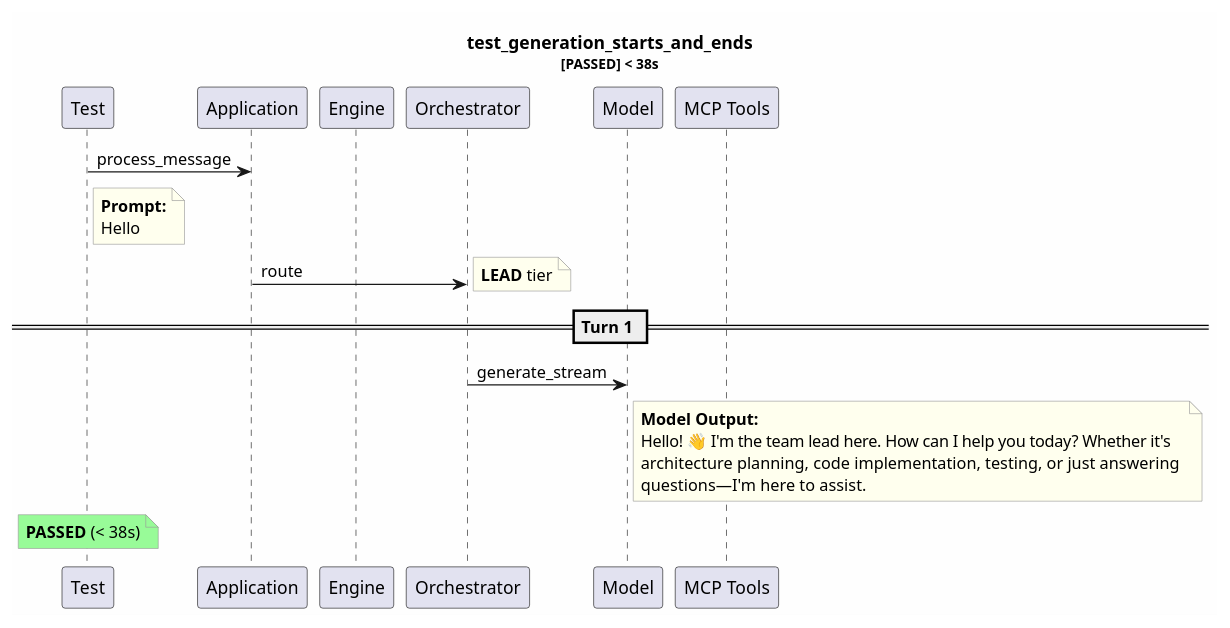
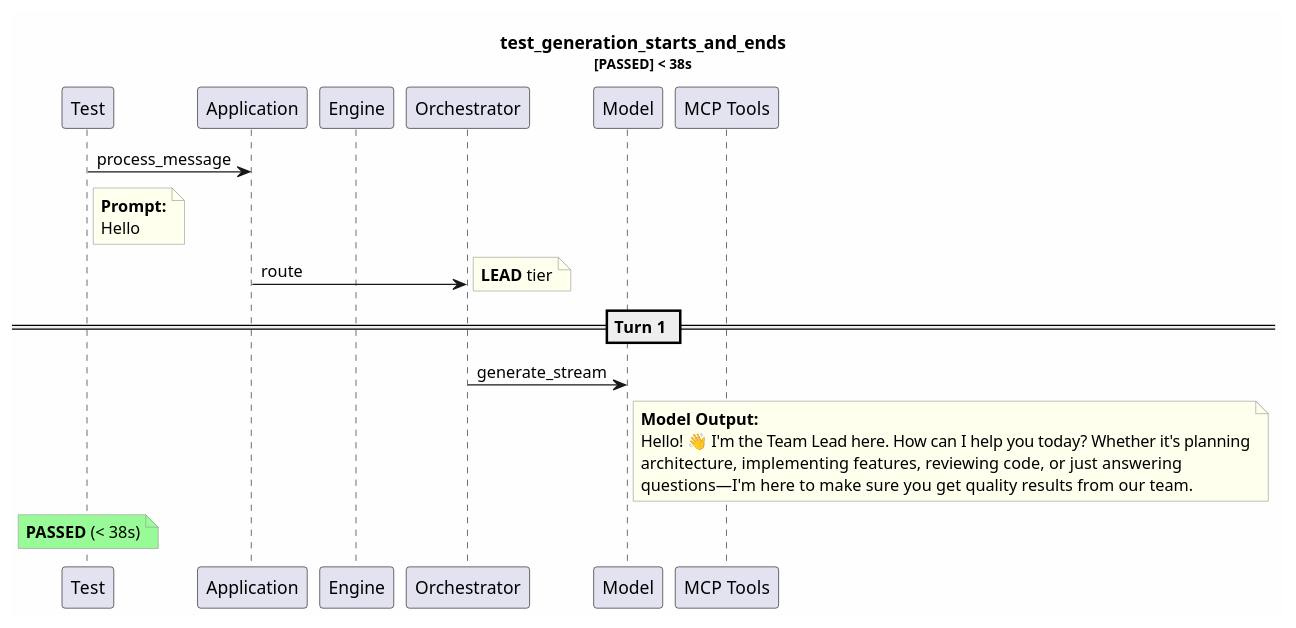
Before and after one commit to tvanfossen/entropic: the diagram in test-reports/logs/test_generation_starts_and_ends/test_generation_starts_and_ends.puml, drawn with PlantUML. The commit also changed 16 other files, not shown here.

```diff
--- a/test-reports/logs/test_generation_starts_and_ends/test_generation_starts_and_ends.puml
+++ b/test-reports/logs/test_generation_starts_and_ends/test_generation_starts_and_ends.puml
@@ -1,33 +1,33 @@
 @startuml
 skinparam backgroundColor #FEFEFE
 skinparam noteBorderColor #999999
 skinparam noteBackgroundColor #FFFFEE
 title test_generation_starts_and_ends\n<size:11>[PASSED] < 38s</size>
 
 participant "Test" as T
 participant "Application" as App
 participant "Engine" as Eng
 participant "Orchestrator" as Orch
 participant "Model" as Mdl
 participant "MCP Tools" as MCP
 
 T -> App: process_message
 note right of T
   **Prompt:**
   Hello
 end note
 App -> Orch: route
 note right: **LEAD** tier
 == Turn 1 ==
 Orch -> Mdl: generate_stream
 note right of Mdl
   **Model Output:**
-  Hello! 👋 I'm the team lead here. How can I help you today? Whether it's 
-  architecture planning, code implementation, testing, or just answering 
-  questions—I'm here to assist.
+  Hello! 👋 I'm the Team Lead here. How can I help you today? Whether it's planning
+  architecture, implementing features, reviewing code, or just answering 
+  questions—I'm here to make sure you get quality results from our team.
 end note
 note over T #palegreen
   **PASSED** (< 38s)
 end note
 
 @enduml
```
